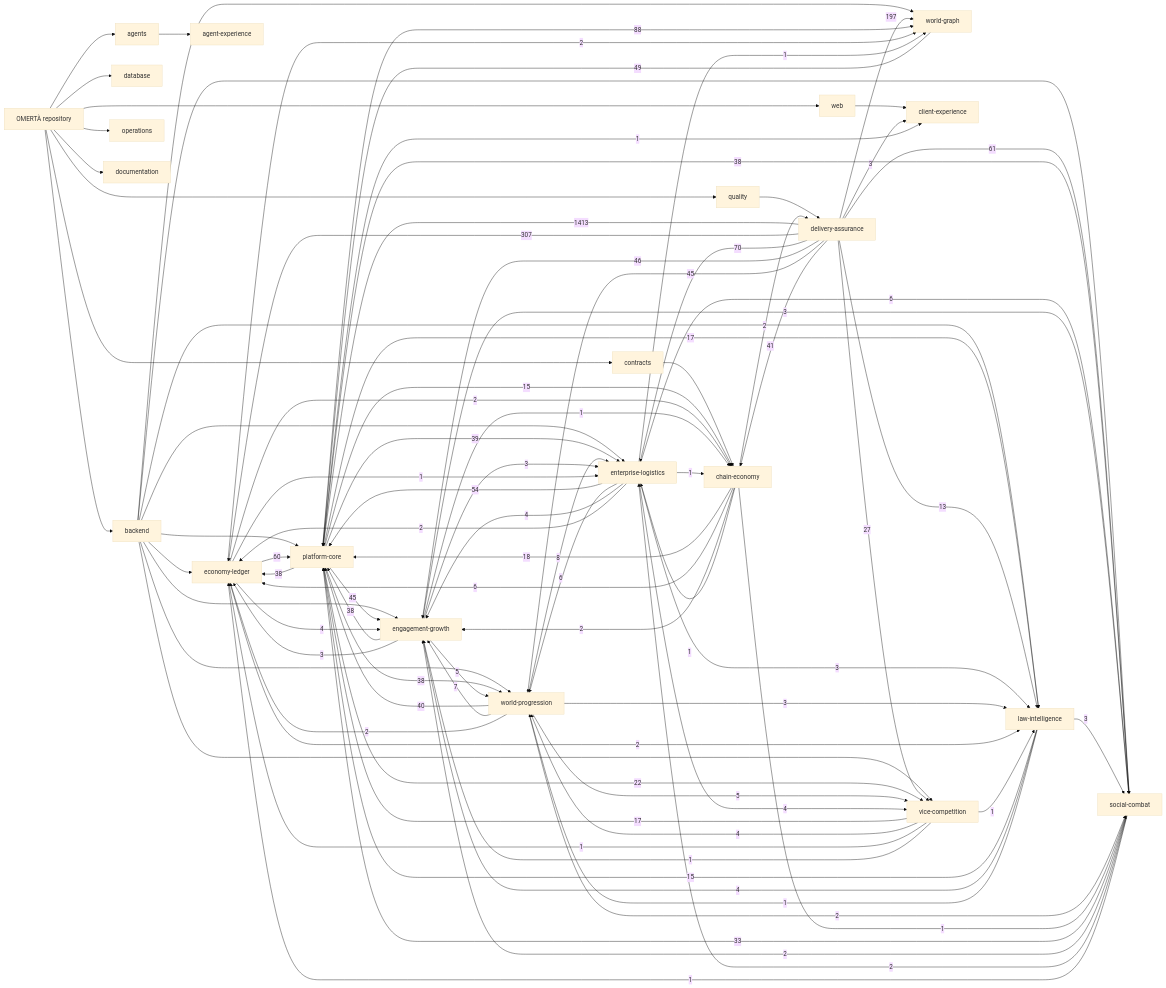
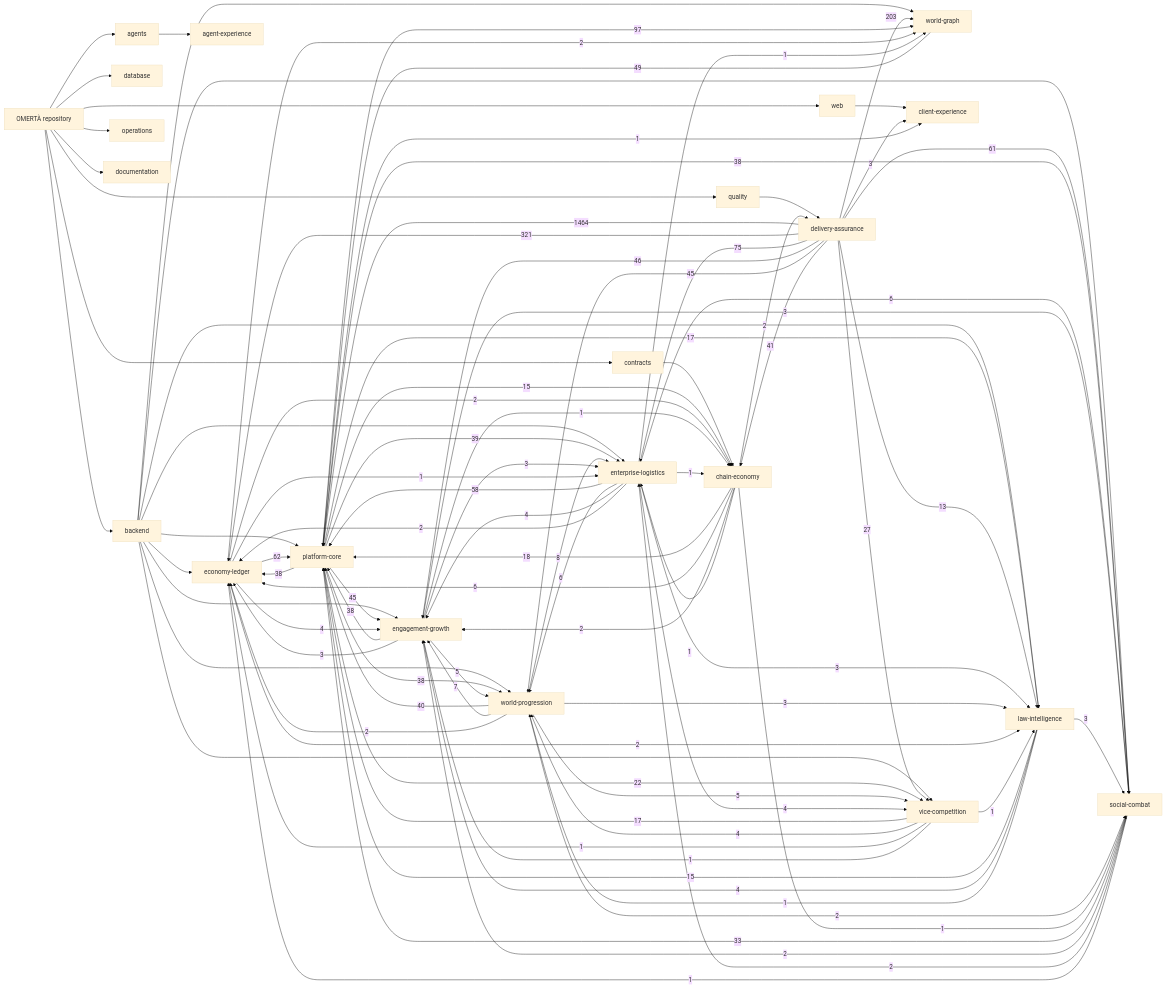
One commit to OmertaDev/Omerta changed the diagram in knowledge/generated/graph.mmd. Above: the diagram before and after it, drawn with Mermaid (base theme). The commit also changed 8 other files, not shown here.

```diff
--- a/knowledge/generated/graph.mmd
+++ b/knowledge/generated/graph.mmd
@@ -1,113 +1,113 @@
 flowchart LR
   repo["OMERTÀ repository"]
   sub_backend["backend"]
   repo --> sub_backend
   sub_database["database"]
   repo --> sub_database
   sub_web["web"]
   repo --> sub_web
   sub_contracts["contracts"]
   repo --> sub_contracts
   sub_agents["agents"]
   repo --> sub_agents
   sub_quality["quality"]
   repo --> sub_quality
   sub_operations["operations"]
   repo --> sub_operations
   sub_documentation["documentation"]
   repo --> sub_documentation
   dom_platform-core["platform-core"]
   dom_economy-ledger["economy-ledger"]
   dom_social-combat["social-combat"]
   dom_world-progression["world-progression"]
   dom_world-graph["world-graph"]
   dom_enterprise-logistics["enterprise-logistics"]
   dom_vice-competition["vice-competition"]
   dom_law-intelligence["law-intelligence"]
   dom_chain-economy["chain-economy"]
   dom_engagement-growth["engagement-growth"]
   dom_client-experience["client-experience"]
   dom_agent-experience["agent-experience"]
   dom_delivery-assurance["delivery-assurance"]
   sub_agents --> dom_agent-experience
   sub_backend --> dom_economy-ledger
   sub_backend --> dom_engagement-growth
   sub_backend --> dom_enterprise-logistics
   sub_backend --> dom_law-intelligence
   sub_backend --> dom_platform-core
   sub_backend --> dom_social-combat
   sub_backend --> dom_vice-competition
   sub_backend --> dom_world-graph
   sub_backend --> dom_world-progression
   sub_contracts --> dom_chain-economy
   sub_quality --> dom_delivery-assurance
   sub_web --> dom_client-experience
-  dom_delivery-assurance -->|1413| dom_platform-core
-  dom_delivery-assurance -->|307| dom_economy-ledger
-  dom_delivery-assurance -->|197| dom_world-graph
-  dom_platform-core -->|88| dom_world-graph
-  dom_delivery-assurance -->|70| dom_enterprise-logistics
+  dom_delivery-assurance -->|1464| dom_platform-core
+  dom_delivery-assurance -->|321| dom_economy-ledger
+  dom_delivery-assurance -->|203| dom_world-graph
+  dom_platform-core -->|97| dom_world-graph
+  dom_delivery-assurance -->|75| dom_enterprise-logistics
+  dom_economy-ledger -->|62| dom_platform-core
   dom_delivery-assurance -->|61| dom_social-combat
-  dom_economy-ledger -->|60| dom_platform-core
-  dom_enterprise-logistics -->|54| dom_platform-core
+  dom_enterprise-logistics -->|58| dom_platform-core
   dom_world-graph -->|49| dom_platform-core
   dom_delivery-assurance -->|46| dom_engagement-growth
   dom_delivery-assurance -->|45| dom_world-progression
   dom_platform-core -->|45| dom_engagement-growth
   dom_delivery-assurance -->|41| dom_chain-economy
   dom_world-progression -->|40| dom_platform-core
   dom_platform-core -->|39| dom_enterprise-logistics
   dom_engagement-growth -->|38| dom_platform-core
   dom_platform-core -->|38| dom_economy-ledger
   dom_platform-core -->|38| dom_social-combat
   dom_platform-core -->|38| dom_world-progression
   dom_social-combat -->|33| dom_platform-core
   dom_delivery-assurance -->|27| dom_vice-competition
   dom_platform-core -->|22| dom_vice-competition
   dom_chain-economy -->|18| dom_platform-core
   dom_platform-core -->|17| dom_law-intelligence
   dom_vice-competition -->|17| dom_platform-core
   dom_law-intelligence -->|15| dom_platform-core
   dom_platform-core -->|15| dom_chain-economy
   dom_delivery-assurance -->|13| dom_law-intelligence
   dom_world-progression -->|8| dom_enterprise-logistics
   dom_world-progression -->|7| dom_engagement-growth
   dom_chain-economy -->|6| dom_economy-ledger
   dom_enterprise-logistics -->|6| dom_social-combat
   dom_enterprise-logistics -->|6| dom_world-progression
   dom_engagement-growth -->|5| dom_world-progression
   dom_world-progression -->|5| dom_vice-competition
   dom_economy-ledger -->|4| dom_engagement-growth
   dom_enterprise-logistics -->|4| dom_engagement-growth
   dom_enterprise-logistics -->|4| dom_vice-competition
   dom_law-intelligence -->|4| dom_engagement-growth
   dom_vice-competition -->|4| dom_world-progression
   dom_delivery-assurance -->|3| dom_client-experience
   dom_engagement-growth -->|3| dom_economy-ledger
   dom_engagement-growth -->|3| dom_enterprise-logistics
   dom_engagement-growth -->|3| dom_social-combat
   dom_enterprise-logistics -->|3| dom_law-intelligence
   dom_law-intelligence -->|3| dom_social-combat
   dom_world-progression -->|3| dom_law-intelligence
   dom_chain-economy -->|2| dom_delivery-assurance
   dom_chain-economy -->|2| dom_engagement-growth
   dom_economy-ledger -->|2| dom_chain-economy
   dom_economy-ledger -->|2| dom_law-intelligence
   dom_economy-ledger -->|2| dom_world-graph
   dom_enterprise-logistics -->|2| dom_economy-ledger
   dom_social-combat -->|2| dom_engagement-growth
   dom_social-combat -->|2| dom_enterprise-logistics
   dom_world-progression -->|2| dom_economy-ledger
   dom_world-progression -->|2| dom_social-combat
   dom_chain-economy -->|1| dom_enterprise-logistics
   dom_chain-economy -->|1| dom_social-combat
   dom_economy-ledger -->|1| dom_enterprise-logistics
   dom_engagement-growth -->|1| dom_chain-economy
   dom_enterprise-logistics -->|1| dom_chain-economy
   dom_enterprise-logistics -->|1| dom_world-graph
   dom_law-intelligence -->|1| dom_world-progression
   dom_platform-core -->|1| dom_client-experience
   dom_social-combat -->|1| dom_economy-ledger
   dom_vice-competition -->|1| dom_economy-ledger
   dom_vice-competition -->|1| dom_engagement-growth
   dom_vice-competition -->|1| dom_law-intelligence
```
